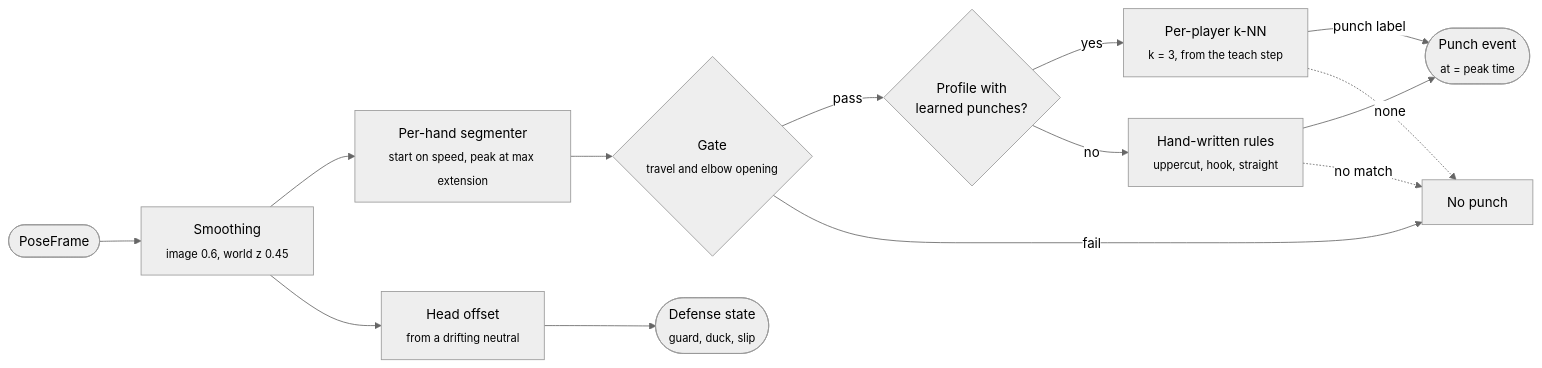
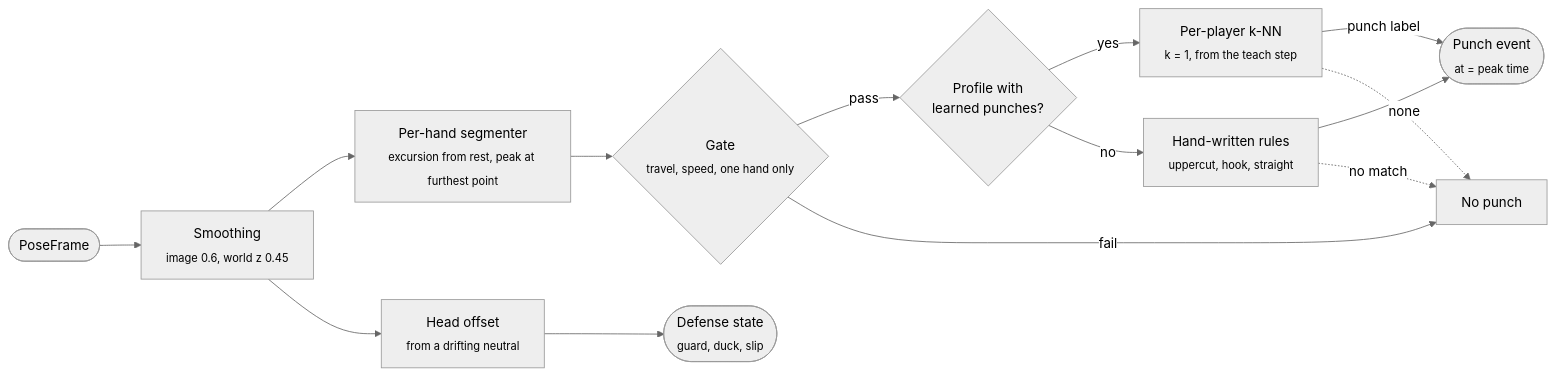
Before and after one commit to teddycitrus/shadow-box: the fourth of 4 diagrams in README.md, drawn with Mermaid (neutral theme). The commit also changed other lines of this file and 17 other files, not shown here.

````diff
--- a/README.md
+++ b/README.md
@@ -185,25 +191,25 @@
 ```mermaid
 flowchart LR
   F(["PoseFrame"])
   SM["Smoothing<br/><sub>image 0.6, world z 0.45</sub>"]
-  SEG["Per-hand segmenter<br/><sub>start on speed, peak at max extension</sub>"]
-  G{"Gate<br/><sub>travel and elbow opening</sub>"}
+  SEG["Per-hand segmenter<br/><sub>excursion from rest, peak at furthest point</sub>"]
+  G{"Gate<br/><sub>travel, speed, one hand only</sub>"}
   Q{"Profile with<br/>learned punches?"}
-  K["Per-player k-NN<br/><sub>k = 3, from the teach step</sub>"]
+  K["Per-player k-NN<br/><sub>k = 1, from the teach step</sub>"]
   R["Hand-written rules<br/><sub>uppercut, hook, straight</sub>"]
   P(["Punch event<br/><sub>at = peak time</sub>"])
   X["No punch"]
   N["Head offset<br/><sub>from a drifting neutral</sub>"]
   D(["Defense state<br/><sub>guard, duck, slip</sub>"])
 
   F --> SM --> SEG --> G
   G -->|"pass"| Q
   G -->|"fail"| X
   Q -->|"yes"| K
   Q -->|"no"| R
   K -->|"punch label"| P
   K -.->|"none"| X
   R --> P
   R -.->|"no match"| X
   SM --> N --> D
 ```
````
